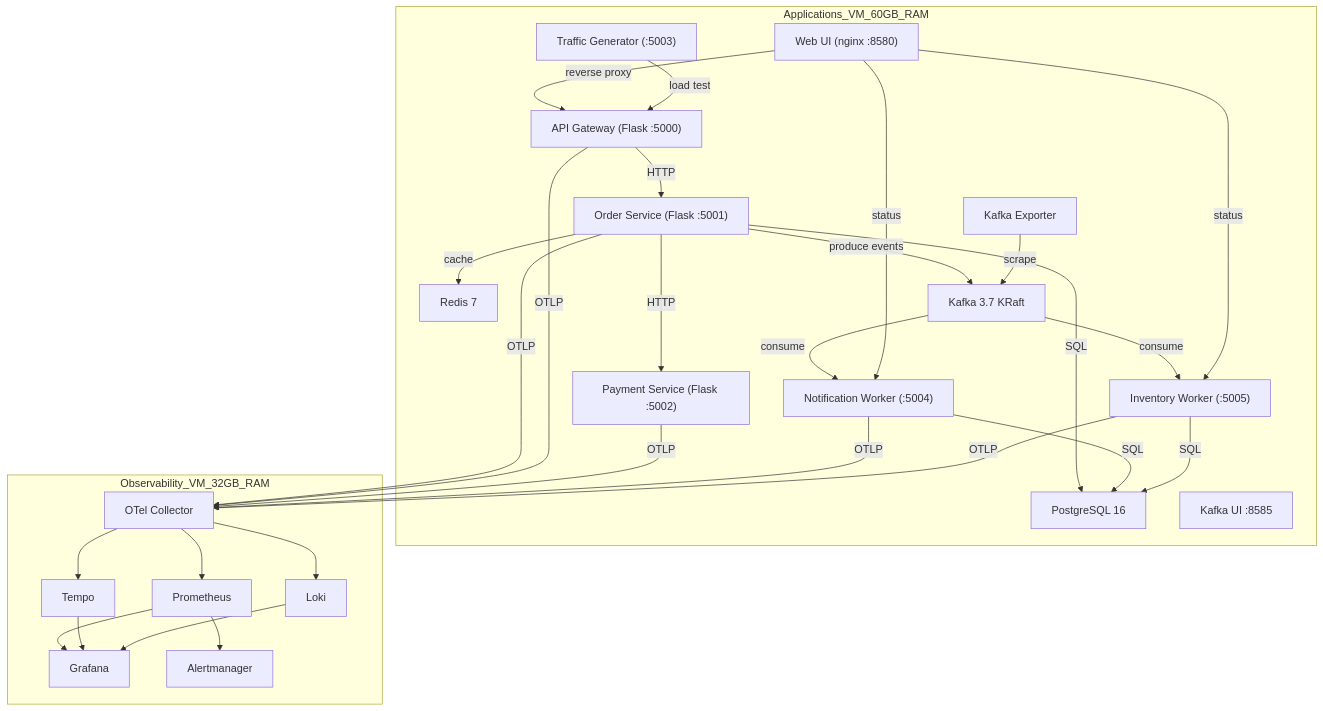
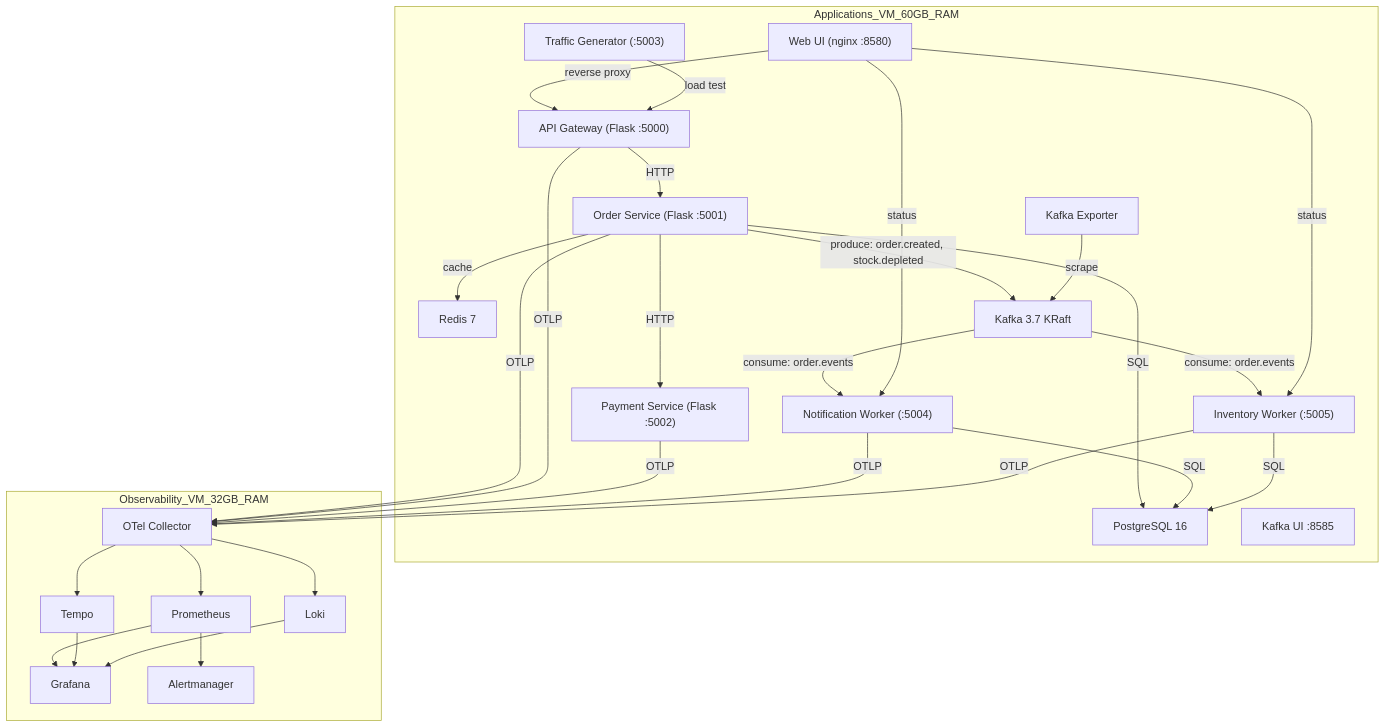
The diagram in on-premises/ARCHITECTURE.md (Mark-Zagob/observability-sample-v2), drawn with Mermaid before and after one commit. The commit also changed 4 other files, not shown here.

````diff
--- a/on-premises/ARCHITECTURE.md
+++ b/on-premises/ARCHITECTURE.md
@@ -3,64 +3,64 @@
 ```mermaid
 graph TB
 
 subgraph Applications_VM_60GB_RAM
     UI["Web UI (nginx :8580)"]
     GW["API Gateway (Flask :5000)"]
     OS["Order Service (Flask :5001)"]
     PS["Payment Service (Flask :5002)"]
     TG["Traffic Generator (:5003)"]
     NW["Notification Worker (:5004)"]
     IW["Inventory Worker (:5005)"]
     PG["PostgreSQL 16"]
     RD["Redis 7"]
     KF["Kafka 3.7 KRaft"]
     KE["Kafka Exporter"]
     KUI["Kafka UI :8585"]
 end
 
 subgraph Observability_VM_32GB_RAM
     OTEL["OTel Collector"]
     PROM["Prometheus"]
     GRAF["Grafana"]
     TEMPO["Tempo"]
     LOKI["Loki"]
     AM["Alertmanager"]
 end
 
 UI -->|reverse proxy| GW
 GW -->|HTTP| OS
 OS -->|HTTP| PS
 
 OS -->|SQL| PG
 OS -->|cache| RD
-OS -->|produce events| KF
+OS -->|"produce: order.created, stock.depleted"| KF
 
-KF -->|consume| NW
-KF -->|consume| IW
+KF -->|"consume: order.events"| NW
+KF -->|"consume: order.events"| IW
 
 NW -->|SQL| PG
 IW -->|SQL| PG
 
 TG -->|load test| GW
 
 UI -->|status| NW
 UI -->|status| IW
 
 KE -->|scrape| KF
 
 OS -->|OTLP| OTEL
 GW -->|OTLP| OTEL
 PS -->|OTLP| OTEL
 NW -->|OTLP| OTEL
 IW -->|OTLP| OTEL
 
 OTEL --> PROM
 OTEL --> TEMPO
 OTEL --> LOKI
 
 PROM --> GRAF
 TEMPO --> GRAF
 LOKI --> GRAF
 
 PROM --> AM
 ```
````
